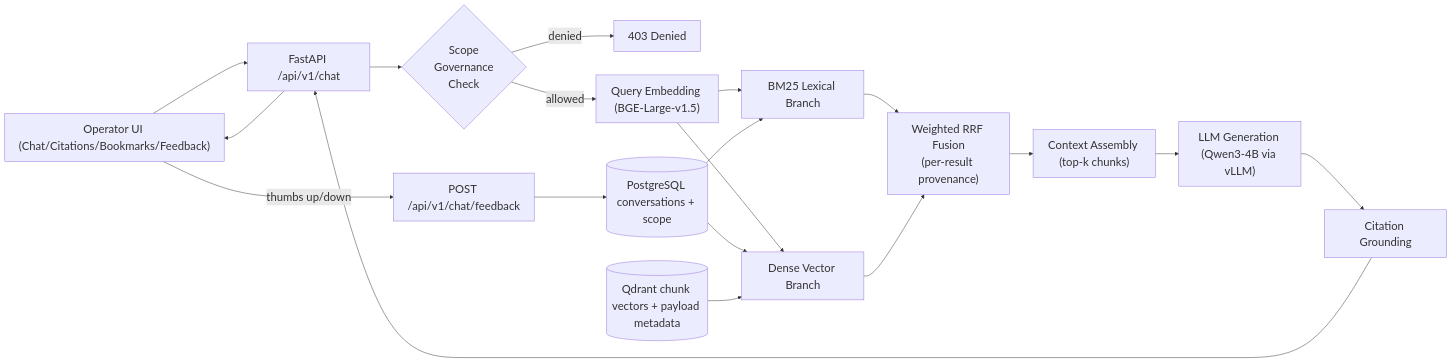
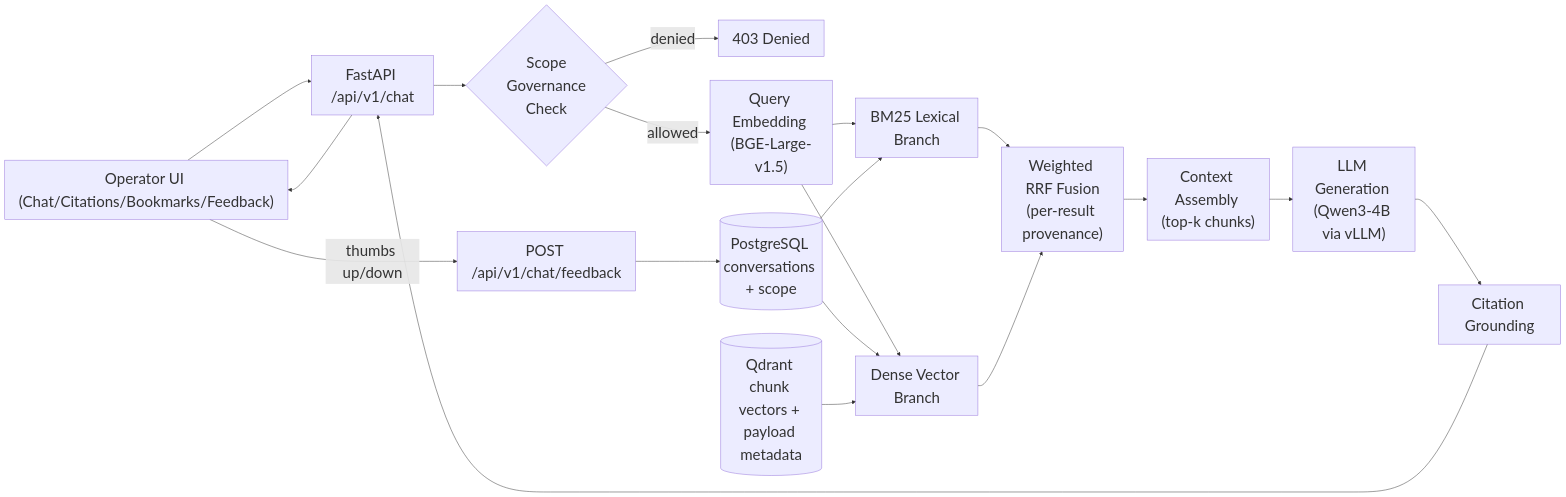
One commit to abedhossainn/PlantIQ changed the second of 14 diagrams in docs/capstone/Final_Report.md. Above: the diagram before and after it, drawn with Mermaid. The commit also changed other lines of this file and 2 other files, not shown here.

````diff
--- a/docs/capstone/Final_Report.md
+++ b/docs/capstone/Final_Report.md
@@ -312,28 +312,28 @@
 ```mermaid
-%%{init: {'themeVariables': {'fontSize': '24px'}}}%%
+%%{init: {'themeVariables': {'fontSize': '32px'}}}%%
 flowchart LR
     %% Query entry
     USER["Operator UI (Chat/Citations/Bookmarks/Feedback)"] --> CHATAPI["FastAPI /api/v1/chat"]
     CHATAPI --> SCOPE{"Scope\nGovernance\nCheck"}
     SCOPE -->|denied| DENY["403 Denied"]
     SCOPE -->|allowed| QEMB["Query Embedding (BGE-Large-v1.5)"]
 
     %% Hybrid retrieval branches
     QEMB --> BM25["BM25 Lexical Branch"]
     QEMB --> DENSE["Dense Vector Branch"]
     PG2[("PostgreSQL conversations + scope")] --> BM25
     PG2 --> DENSE
     QD2[("Qdrant chunk vectors + payload metadata")] --> DENSE
 
     %% Fusion and response generation path
     BM25 --> FUSE["Weighted RRF Fusion\n(per-result provenance)"]
     DENSE --> FUSE
     FUSE --> CTX["Context Assembly (top-k chunks)"]
     CTX --> LLM["LLM Generation (Qwen3-4B via vLLM)"]
     LLM --> CITE["Citation Grounding"]
     CITE --> CHATAPI --> USER
 
     %% Feedback path
     USER -->|thumbs up/down| FB["POST /api/v1/chat/feedback"]
     FB --> PG2
 ```
````
